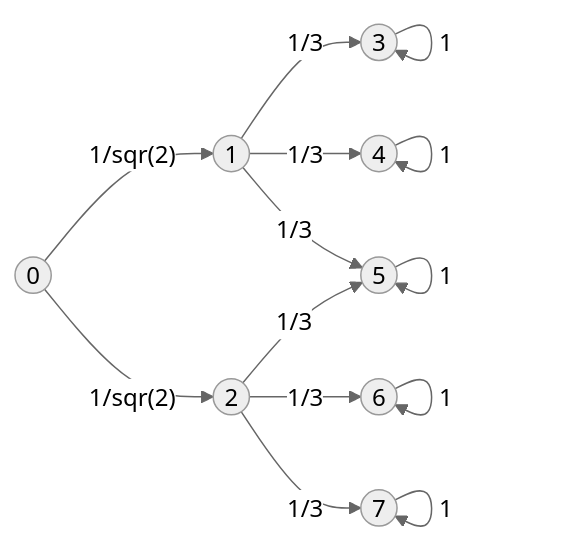
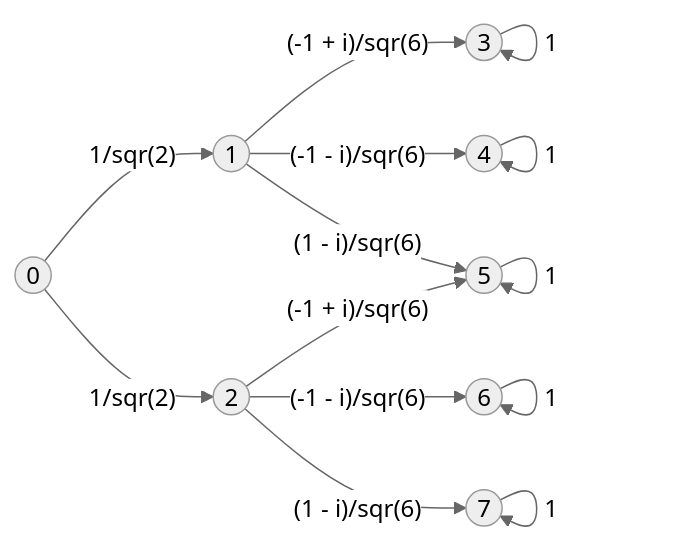
One commit to MoisesAdame/obsidian-notes changed the fifth of 5 diagrams in School/Quantum/Quantum Computing fot Computer Scientists/3. The Leap from Classical to Quantum.md. Above: the diagram before and after it, drawn with Mermaid (neutral theme). The commit also changed other lines of this file and 1 other file, not shown here.

````diff
--- a/School/Quantum/Quantum Computing fot Computer Scientists/3. The Leap from Classical to Quantum.md
+++ b/School/Quantum/Quantum Computing fot Computer Scientists/3. The Leap from Classical to Quantum.md
@@ -260,25 +259,25 @@
 ```mermaid
-graph LR;
+graph LR
 	A((0))
 	B((1))
 	C((2))
 	D((3))
 	E((4))
 	F((5))
 	G((6))
 	H((7))
 
 	A -- 1/sqr(2) --> B
 	A -- 1/sqr(2) --> C
-	B -- 1/3 --> D
-	B -- 1/3 --> E
-	B -- 1/3 --> F
-	C -- 1/3 --> F
-	C -- 1/3 --> G
-	C -- 1/3 --> H
+	B -- (-1 + i)/sqr(6) --> D
+	B -- (-1 - i)/sqr(6) --> E
+	B -- (1 - i)/sqr(6) --> F
+	C -- (-1 + i)/sqr(6) --> F
+	C -- (-1 - i)/sqr(6) --> G
+	C -- (1 - i)/sqr(6) --> H
 	D -- 1 --> D
 	E -- 1 --> E
 	F -- 1 --> F
 	G -- 1 --> G
 	H -- 1 --> H
 ```
````
